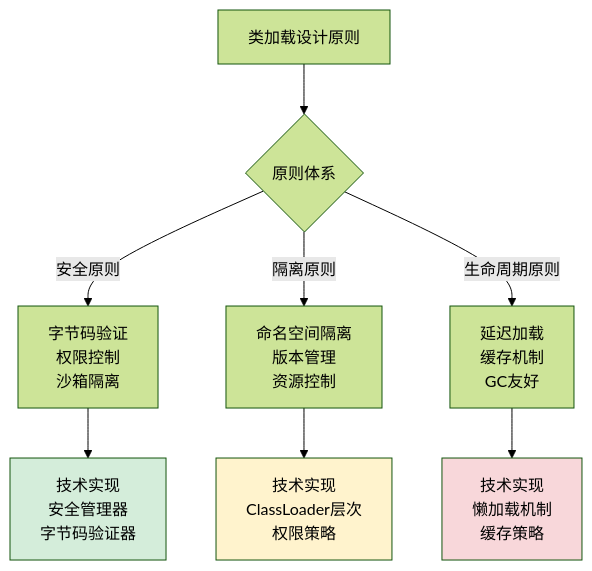
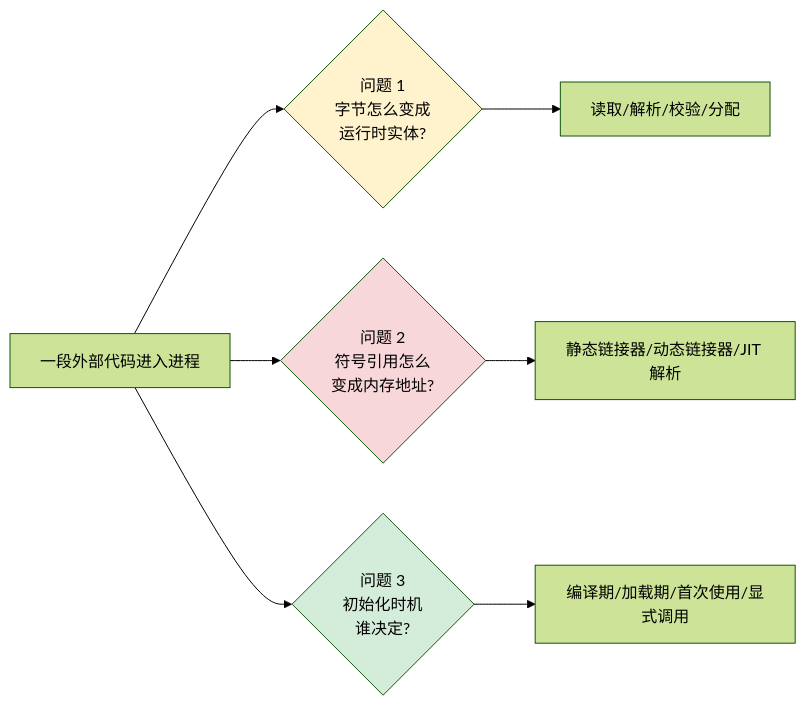
The fifth of 15 diagrams in docs/10.专栏/02.程序编程原理/03.运行时模型/01.类的加载核心原理.md (chongyang211/YCBookBlog), drawn with Mermaid (forest theme) before and after one commit. The commit also changed other lines of this file and 34 other files, not shown here.

````diff
--- a/docs/10.专栏/02.程序编程原理/03.运行时模型/01.类的加载核心原理.md
+++ b/docs/10.专栏/02.程序编程原理/03.运行时模型/01.类的加载核心原理.md
@@ -289,15 +480,14 @@
 ```mermaid
-graph TB
-    A[类加载设计原则] --> B{原则体系}
-    B -->|安全原则| C[字节码验证<br/>权限控制<br/>沙箱隔离]
-    B -->|隔离原则| D[命名空间隔离<br/>版本管理<br/>资源控制]
-    B -->|生命周期原则| E[延迟加载<br/>缓存机制<br/>GC友好]
-    
-    C --> C1[技术实现<br/>安全管理器<br/>字节码验证器]
-    D --> D1[技术实现<br/>ClassLoader层次<br/>权限策略]
-    E --> E1[技术实现<br/>懒加载机制<br/>缓存策略]
-    
-    style C1 fill:#d4edda
-    style D1 fill:#fff3cd
-    style E1 fill:#f8d7da
+flowchart LR
+    Q[一段外部代码进入进程] --> Q1{问题 1<br/>字节怎么变成<br/>运行时实体?}
+    Q --> Q2{问题 2<br/>符号引用怎么<br/>变成内存地址?}
+    Q --> Q3{问题 3<br/>初始化时机<br/>谁决定?}
+
+    Q1 --> A1["读取/解析/校验/分配"]
+    Q2 --> A2["静态链接器/动态链接器/JIT 解析"]
+    Q3 --> A3["编译期/加载期/首次使用/显式调用"]
+
+    style Q1 fill:#fff3cd
+    style Q2 fill:#f8d7da
+    style Q3 fill:#d4edda
 ```
````
